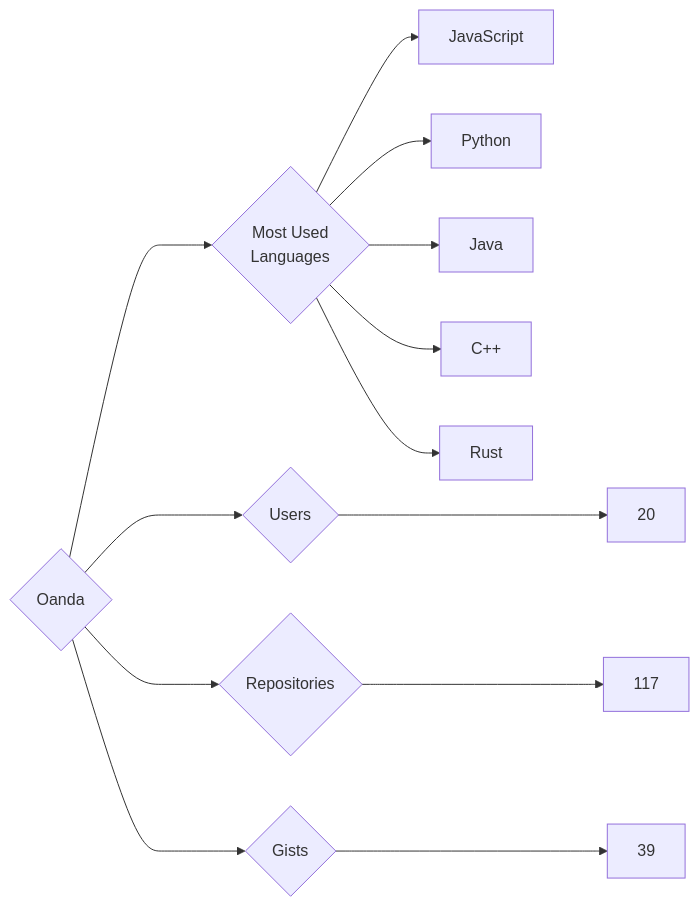
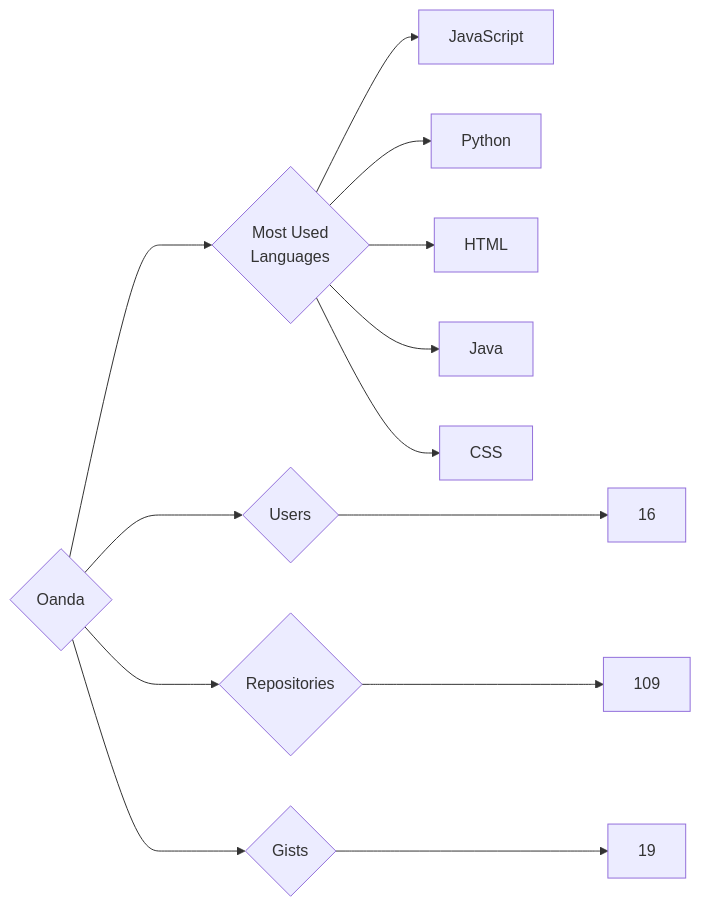
Before and after one commit to trickest/insiders: the diagram in targets/Oanda/README.md, drawn with Mermaid. The commit also changed 895 other files, not shown here.

````diff
--- a/targets/Oanda/README.md
+++ b/targets/Oanda/README.md
@@ -3,13 +3,13 @@
 ```mermaid
 graph LR
 COMPANY_NAME{Oanda}
-COMPANY_NAME ---> U{Users} ---> UN[20]
-COMPANY_NAME ---> R{Repositories} ---> RN[117]
-COMPANY_NAME ---> G{Gists} ---> GN[39]
+COMPANY_NAME ---> U{Users} ---> UN[16]
+COMPANY_NAME ---> R{Repositories} ---> RN[109]
+COMPANY_NAME ---> G{Gists} ---> GN[19]
 COMPANY_NAME ---> ML{Most Used<br>Languages}
 ML --> JavaScript[JavaScript]
 ML --> Python[Python]
+ML --> HTML[HTML]
 ML --> Java[Java]
-ML --> C++[C++]
-ML --> Rust[Rust]
+ML --> CSS[CSS]
 ```
````
